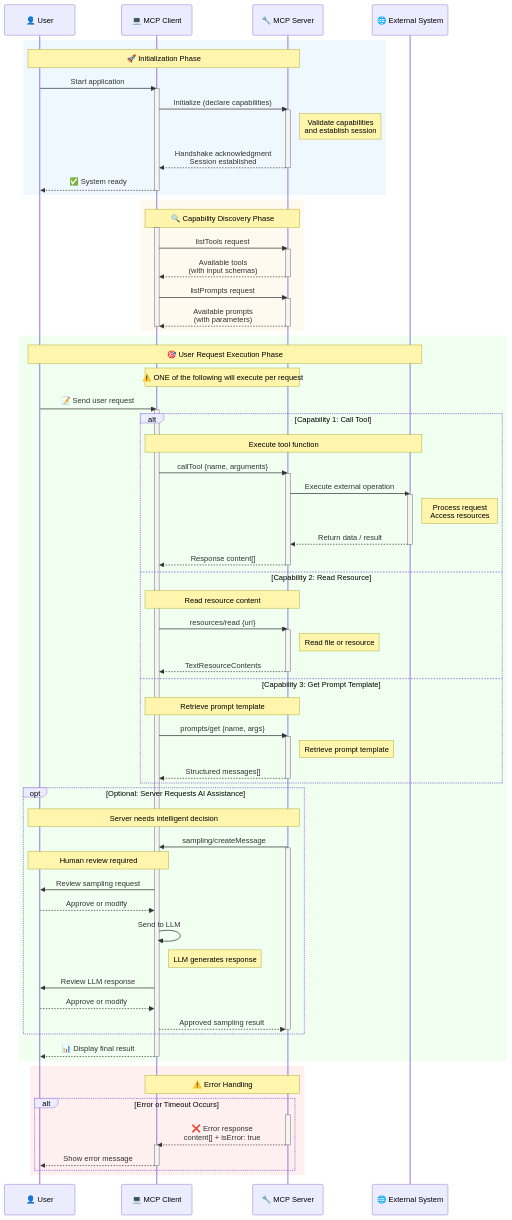
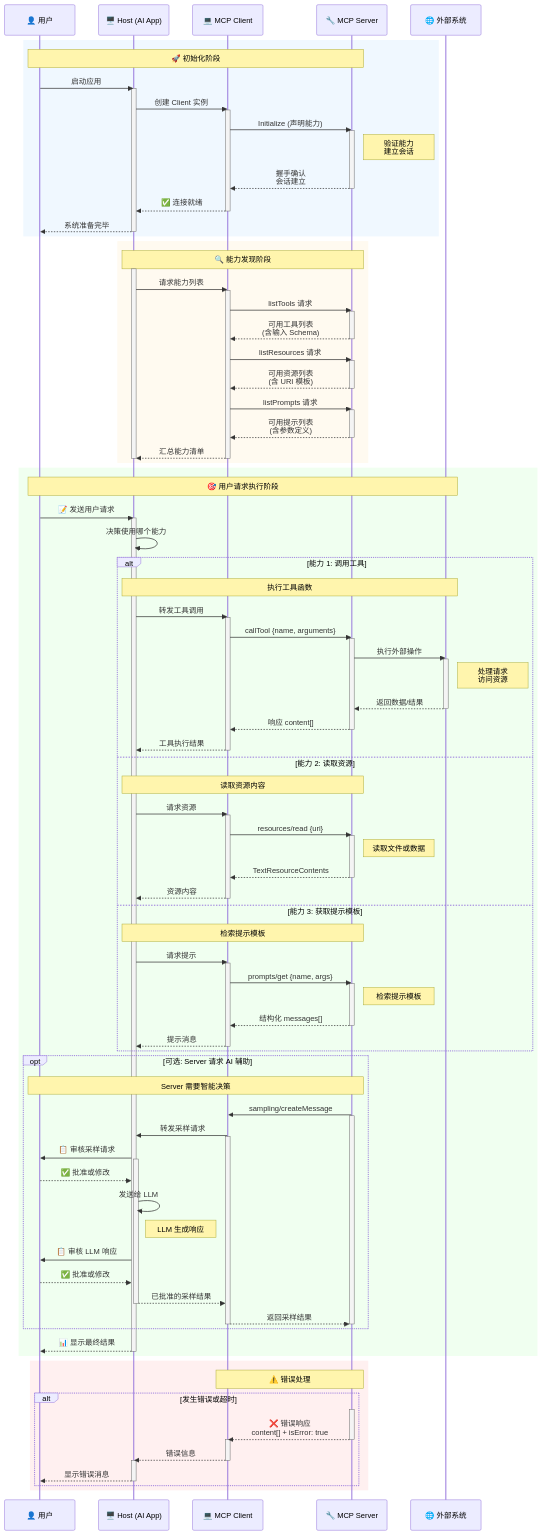
Before and after one commit to dreamer-zq/Obsidian-vault: the second of 2 diagrams in 01-Notes/AI/MCP.md, drawn with Mermaid. The commit also changed other lines of this file, not shown here.

````diff
--- a/01-Notes/AI/MCP.md
+++ b/01-Notes/AI/MCP.md
@@ -65,98 +248,133 @@
 ```mermaid
 sequenceDiagram
-    participant User as 👤 User
+    participant User as 👤 用户
+    participant Host as 🖥️ Host (AI App)
     participant Client as 💻 MCP Client
     participant Server as 🔧 MCP Server
-    participant External as 🌐 External System
+    participant External as 🌐 外部系统
 
     rect rgb(240, 248, 255)
-    Note over User,Server: 🚀 Initialization Phase
-    User->>Client: Start application
+    Note over User,Server: 🚀 初始化阶段
+    User->>Host: 启动应用
+    activate Host
+    Host->>Client: 创建 Client 实例
     activate Client
-    Client->>Server: Initialize (declare capabilities)
+    Client->>Server: Initialize (声明能力)
     activate Server
-    Note right of Server: Validate capabilities<br/>and establish session
-    Server-->>Client: Handshake acknowledgment<br/>Session established
+    Note right of Server: 验证能力<br/>建立会话
+    Server-->>Client: 握手确认<br/>会话建立
     deactivate Server
-    Client-->>User: ✅ System ready
+    Client-->>Host: ✅ 连接就绪
     deactivate Client
+    Host-->>User: 系统准备完毕
+    deactivate Host
     end
 
     rect rgb(255, 250, 240)
-    Note over Client,Server: 🔍 Capability Discovery Phase
+    Note over Host,Server: 🔍 能力发现阶段
+    activate Host
+    Host->>Client: 请求能力列表
     activate Client
-    Client->>Server: listTools request
+    Client->>Server: listTools 请求
     activate Server
-    Server-->>Client: Available tools<br/>(with input schemas)
+    Server-->>Client: 可用工具列表<br/>(含输入 Schema)
     deactivate Server
-    Client->>Server: listPrompts request
+    Client->>Server: listResources 请求
     activate Server
-    Server-->>Client: Available prompts<br/>(with parameters)
+    Server-->>Client: 可用资源列表<br/>(含 URI 模板)
     deactivate Server
+    Client->>Server: listPrompts 请求
+    activate Server
+    Server-->>Client: 可用提示列表<br/>(含参数定义)
+    deactivate Server
+    Client-->>Host: 汇总能力清单
     deactivate Client
+    deactivate Host
     end
 
     rect rgb(240, 255, 240)
-    Note over User,External: 🎯 User Request Execution Phase
-    Note over Client,Server: ⚠️ ONE of the following will execute per request
-    User->>Client: 📝 Send user request
-    activate Client
+    Note over User,External: 🎯 用户请求执行阶段
+    User->>Host: 📝 发送用户请求
+    activate Host
+    Host->>Host: 决策使用哪个能力
     
-    alt Capability 1: Call Tool
-        Note over Client,External: Execute tool function
+    alt 能力 1: 调用工具
+        Note over Host,External: 执行工具函数
+        Host->>Client: 转发工具调用
+        activate Client
         Client->>Server: callTool {name, arguments}
         activate Server
-        Server->>External: Execute external operation
+        Server->>External: 执行外部操作
         activate External
-        Note right of External: Process request<br/>Access resources
-        External-->>Server: Return data / result
+        Note right of External: 处理请求<br/>访问资源
+        External-->>Server: 返回数据/结果
         deactivate External
-        Server-->>Client: Response content[]
+        Server-->>Client: 响应 content[]
         deactivate Server
-    else Capability 2: Read Resource
-        Note over Client,Server: Read resource content
+        Client-->>Host: 工具执行结果
+        deactivate Client
+        
+    else 能力 2: 读取资源
+        Note over Host,Server: 读取资源内容
+        Host->>Client: 请求资源
+        activate Client
         Client->>Server: resources/read {uri}
         activate Server
-        Note right of Server: Read file or resource
+        Note right of Server: 读取文件或数据
         Server-->>Client: TextResourceContents
         deactivate Server
-    else Capability 3: Get Prompt Template
-        Note over Client,Server: Retrieve prompt template
+        Client-->>Host: 资源内容
+        deactivate Client
+        
+    else 能力 3: 获取提示模板
+        Note over Host,Server: 检索提示模板
+        Host->>Client: 请求提示
+        activate Client
         Client->>Server: prompts/get {name, args}
         activate Server
-        Note right of Server: Retrieve prompt template
-        Server-->>Client: Structured messages[]
+        Note right of Server: 检索提示模板
+        Server-->>Client: 结构化 messages[]
+        deactivate Server
+        Client-->>Host: 提示消息
+        deactivate Client
+    end
+    
+    opt 可选: Server 请求 AI 辅助
+        Note over Server,User: Server 需要智能决策
+        Server->>Client: sampling/createMessage
+        activate Server
+        Client->>Host: 转发采样请求
+        activate Client
+        Host->>User: 📋 审核采样请求
+        activate Host
+        User-->>Host: ✅ 批准或修改
+        Host->>Host: 发送给 LLM
+        Note right of Host: LLM 生成响应
+        Host->>User: 📋 审核 LLM 响应
+        User-->>Host: ✅ 批准或修改
+        Host-->>Client: 已批准的采样结果
+        deactivate Host
+        Client-->>Server: 返回采样结果
+        deactivate Client
         deactivate Server
     end
     
-    opt Optional: Server Requests AI Assistance
-        Note over Server,User: Server needs intelligent decision
-        Server->>Client: sampling/createMessage
-        activate Server
-        Note over Client,User: Human review required
-        Client->>User: Review sampling request
-        User-->>Client: Approve or modify
-        Client->>Client: Send to LLM
-        Note right of Client: LLM generates response
-        Client->>User: Review LLM response
-        User-->>Client: Approve or modify
-        Client-->>Server: Approved sampling result
-        deactivate Server
-    end
-    
-    Client-->>User: 📊 Display final result
-    deactivate Client
+    Host-->>User: 📊 显示最终结果
+    deactivate Host
     end
     
     rect rgb(255, 240, 240)
-    Note over Server,Client: ⚠️ Error Handling
-    alt Error or Timeout Occurs
+    Note over Server,Client: ⚠️ 错误处理
+    alt 发生错误或超时
         activate Server
-        Server-->>Client: ❌ Error response<br/>content[] + isError: true
+        Server-->>Client: ❌ 错误响应<br/>content[] + isError: true
         deactivate Server
         activate Client
-        Client-->>User: Show error message
+        Client-->>Host: 错误信息
         deactivate Client
+        activate Host
+        Host-->>User: 显示错误消息
+        deactivate Host
     end
     end
 ```
````
